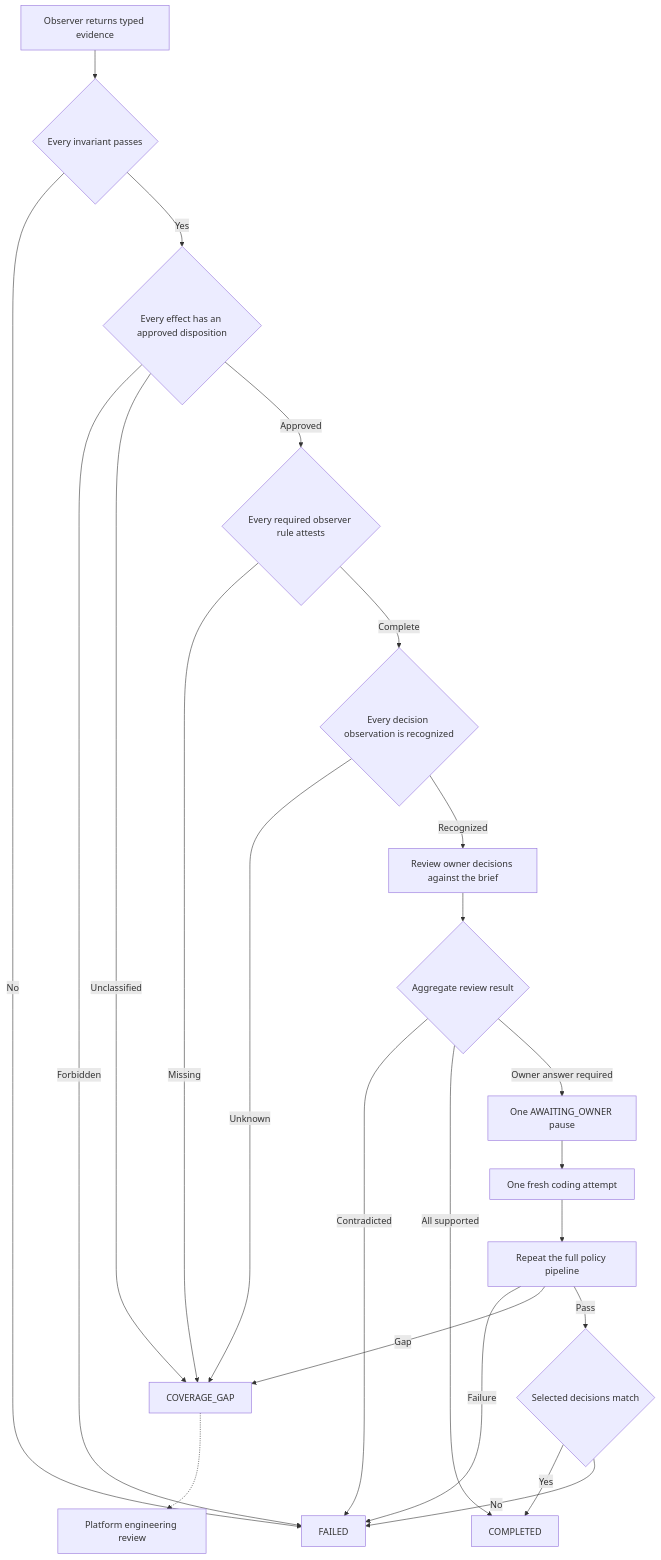
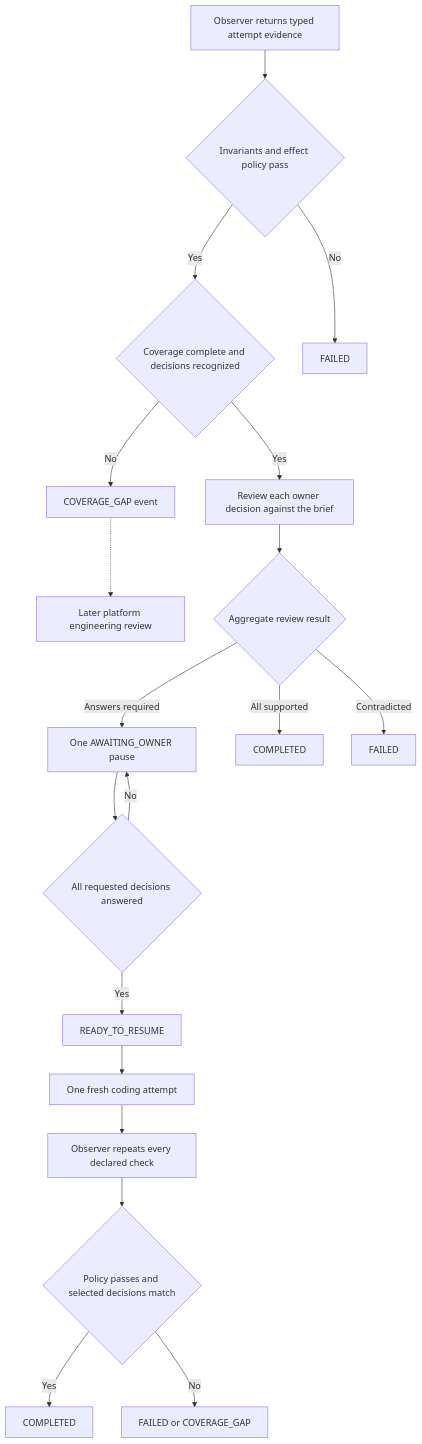
One commit to genesobolev/implicit-decision-gate changed the diagram in notebooks/assets/diagrams/gate_logic.mmd. Above: the diagram before and after it, drawn with Mermaid. The commit also changed 18 other files, not shown here.

```diff
--- a/notebooks/assets/diagrams/gate_logic.mmd
+++ b/notebooks/assets/diagrams/gate_logic.mmd
@@ -1,39 +1,38 @@
 flowchart TD
-    observed[Observer returns typed evidence]
-    invariants{Every invariant passes}
-    effects{Every effect has an approved disposition}
-    coverage{Every required observer rule attests}
-    unknowns{Every decision observation is recognized}
-    review[Review owner decisions against the brief]
+    observed[Observer returns typed attempt evidence]
+    safe{Invariants and effect policy pass}
+    covered{Coverage complete and decisions recognized}
+    failed[FAILED]
+    coverageGap[COVERAGE_GAP event]
+    platform[Later platform engineering review]
+    review[Review each owner decision against the brief]
     result{Aggregate review result}
     pause[One AWAITING_OWNER pause]
+    answered{All requested decisions answered}
+    ready[READY_TO_RESUME]
     retry[One fresh coding attempt]
-    fullCheck[Repeat the full policy pipeline]
-    verify{Selected decisions match}
-    gap[COVERAGE_GAP]
-    failed[FAILED]
-    complete[COMPLETED]
-    platform[Platform engineering review]
+    observeAgain[Observer repeats every declared check]
+    verify{Policy passes and selected decisions match}
+    completeFirst[COMPLETED]
+    failedReview[FAILED]
+    completeSecond[COMPLETED]
+    failedRetry[FAILED or COVERAGE_GAP]
 
-    observed --> invariants
-    invariants -->|No| failed
-    invariants -->|Yes| effects
-    effects -->|Forbidden| failed
-    effects -->|Unclassified| gap
-    effects -->|Approved| coverage
-    coverage -->|Missing| gap
-    coverage -->|Complete| unknowns
-    unknowns -->|Unknown| gap
-    unknowns -->|Recognized| review
+    observed --> safe
+    safe -->|No| failed
+    safe -->|Yes| covered
+    covered -->|No| coverageGap
+    coverageGap -.-> platform
+    covered -->|Yes| review
     review --> result
-    result -->|Contradicted| failed
-    result -->|All supported| complete
-    result -->|Owner answer required| pause
-    pause --> retry
-    retry --> fullCheck
-    fullCheck -->|Failure| failed
-    fullCheck -->|Gap| gap
-    fullCheck -->|Pass| verify
-    verify -->|Yes| complete
-    verify -->|No| failed
-    gap -.-> platform
+    result -->|Contradicted| failedReview
+    result -->|All supported| completeFirst
+    result -->|Answers required| pause
+    pause --> answered
+    answered -->|No| pause
+    answered -->|Yes| ready
+    ready --> retry
+    retry --> observeAgain
+    observeAgain --> verify
+    verify -->|Yes| completeSecond
+    verify -->|No| failedRetry
```
